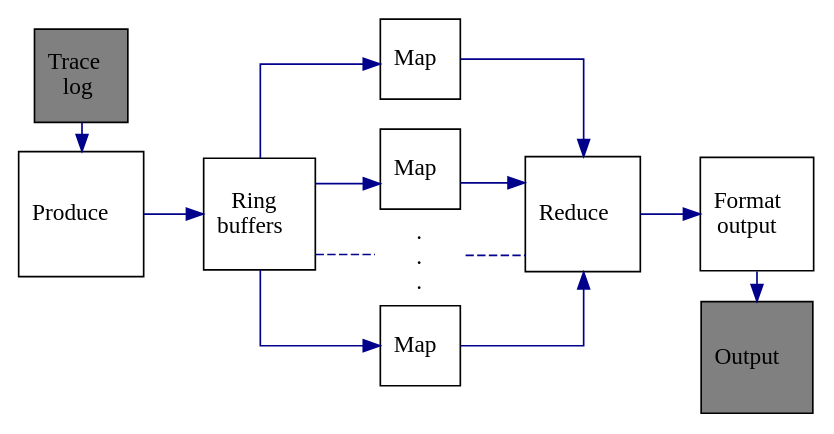
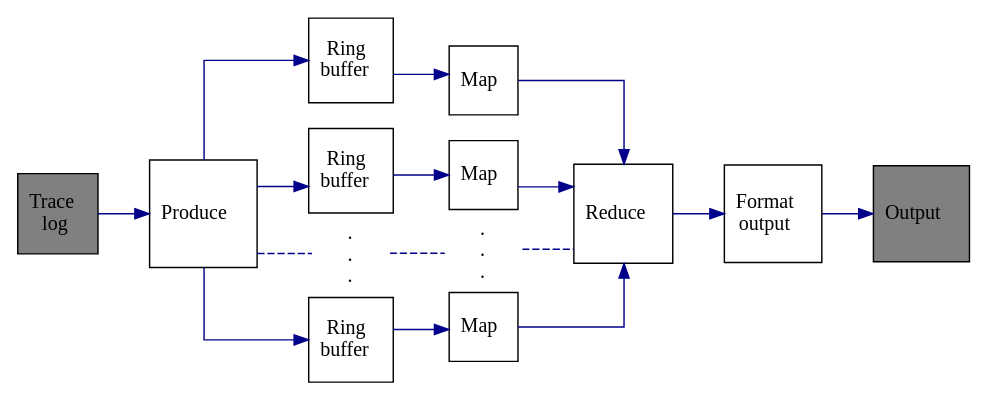
The diagram in report/figs/pet-pipeline.gv (terjr/thesis), drawn with Graphviz before and after one commit.

Commit message:
fixed ringbuffers in pet-pipeline

```diff
--- a/report/figs/pet-pipeline.gv
+++ b/report/figs/pet-pipeline.gv
@@ -1,50 +1,42 @@
 digraph PET {
     rankdir = LR;
     size="8,5"
     splines=ortho;
     node [shape = square];
     edge [color = blue4];
 
     subgraph {
         rankdir = TB;
         rank="same";
-        parse3 [shape="none",label=<.<br/>.<br/>.>,height="0.3",margin="0",fixedsize="true"]
-        parse1->parse2 [style="invis"]
-        parse2->parse3 [style="invis"]
-        parse3->parse4 [style="invis"]
-    }
-    subgraph {
-        rankdir = TB;
-        rank="same";
+        parse3 [shape="none",label=<.<br/>.<br/>.>,height="0.3",margin="0",fixedsize="true"];
+        parse1->parse2 [style="invis"];
+        parse2->parse3 [style="invis"];
+        parse3->parse4 [style="invis"];
+    };
 
-        text->setup
-        text [label=<Trace<br/>log>,fillcolor=gray,style=filled]
-        setup [label=<Produce>]
-    }
-    setup -> split
-    split [label=<Ring<br/>buffers>];
-    split -> parse1 -> merge;
-    split -> parse2 -> merge;
-    split -> parse4 -> merge;
-    split -> parse3->merge [style="dashed",arrowhead="none"]
+    text->setup;
+    text [label=<Trace<br/>log>,fillcolor=gray,style=filled];
+    setup [label=<Produce>];
+
+    setup -> split1,split2,split4;
+    split1,split2,split4 [label=<Ring<br/>buffer>];
+    split3 [shape="none",label=<.<br/>.<br/>.>,height="0.3",margin="0",fixedsize="true"];
+    split1 -> parse1 -> merge;
+    split2 -> parse2 -> merge;
+    split4 -> parse4 -> merge;
+    setup->split3 ->parse3->merge [style="dashed",arrowhead="none"];
 
 
     parse1 [label=<Map>];
     parse2 [label=<Map>];
     parse4 [label=<Map>];
 
-    merge [label=<Reduce>]
+    merge [label=<Reduce>];
 
-    subgraph {
-        rankdir = TB;
-        rank="same";
+    output [label=<Format<br/>output>];
+    readable [label=<Output>,fillcolor=gray,style=filled];
 
-        output [label=<Format<br/>output>]
-        readable [label=<Output>,fillcolor=gray,style=filled]
-
-        output->readable
-    }
-
-    merge->output
+    output->readable;
+    merge->output;
 
 }
```
